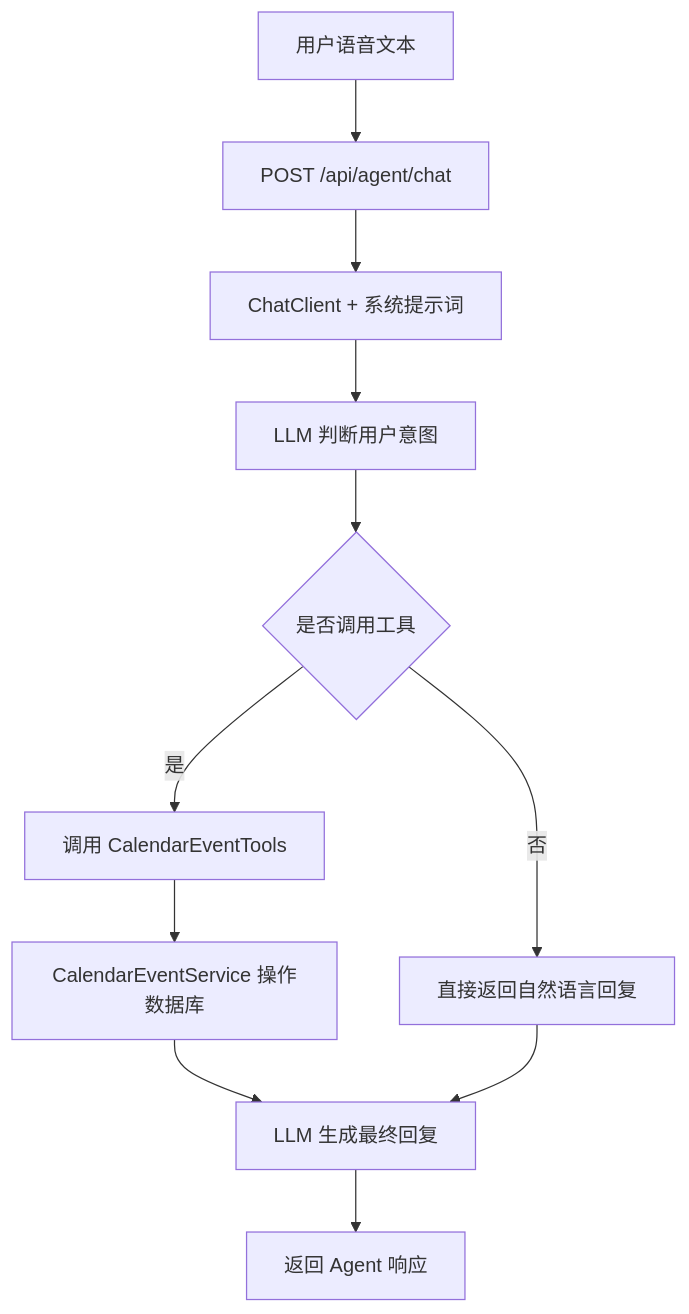
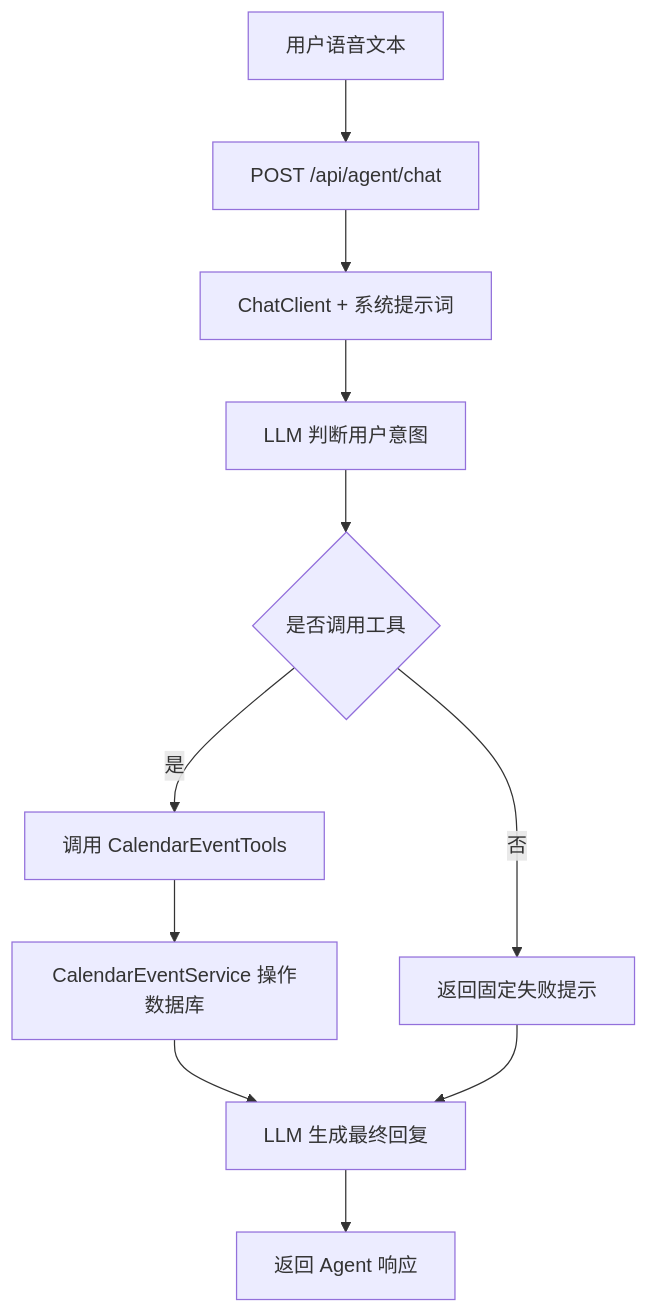
One commit to 519722490/Voice-Calendar changed the third of 3 diagrams in docs/agent-execution-modes.md. Above: the diagram before and after it, drawn with Mermaid. The commit also changed other lines of this file and 12 other files, not shown here.

````diff
--- a/docs/agent-execution-modes.md
+++ b/docs/agent-execution-modes.md
@@ -168,13 +240,13 @@
 ```mermaid
 flowchart TD
   A["用户语音文本"] --> B["POST /api/agent/chat"]
   B --> C["ChatClient + 系统提示词"]
   C --> D["LLM 判断用户意图"]
   D --> E{"是否调用工具"}
   E -->|"是"| F["调用 CalendarEventTools"]
   F --> G["CalendarEventService 操作数据库"]
-  E -->|"否"| H["直接返回自然语言回复"]
+  E -->|"否"| H["返回固定失败提示"]
   G --> I["LLM 生成最终回复"]
   H --> I
   I --> J["返回 Agent 响应"]
 ```
````
